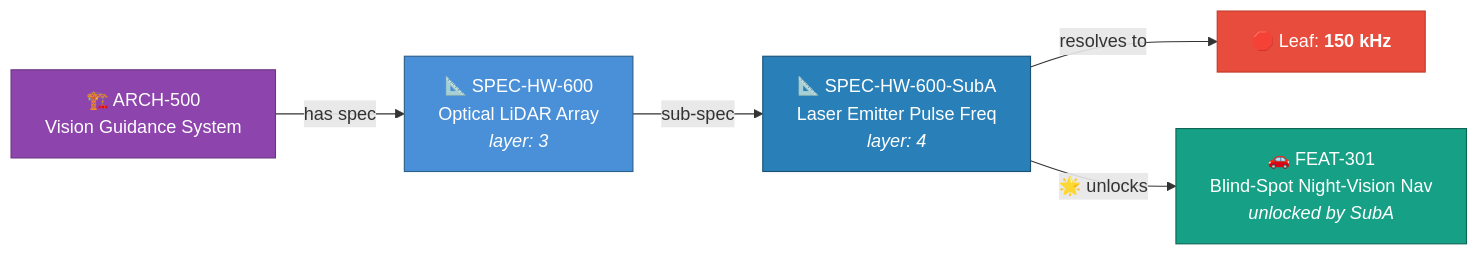
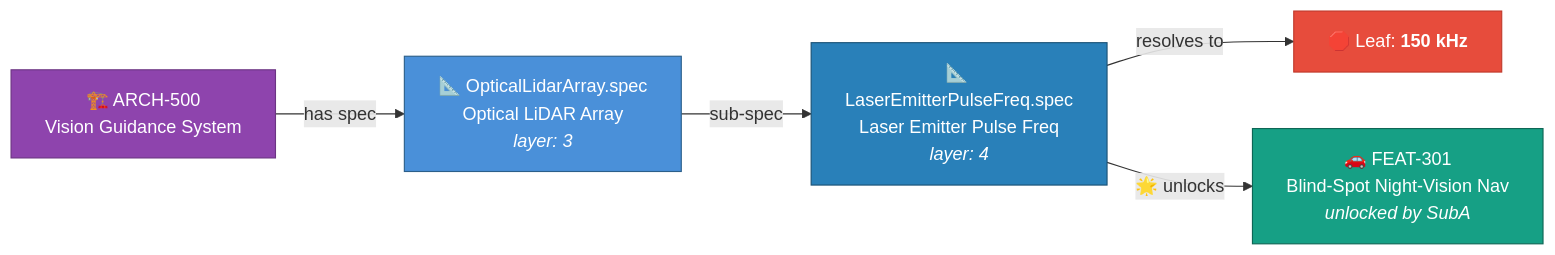
One commit to hanasaki/hanaden-bwrap-enhanced changed the second of 2 diagrams in docs/doc-templates/20260816-035419-161812-77ab-8fb0-d4d2c0e1cb0d-SpecificationTmpl.tmpl-0.0.1.md. Above: the diagram before and after it, drawn with Mermaid. The commit also changed other lines of this file, not shown here.

````diff
--- a/docs/doc-templates/20260816-035419-161812-77ab-8fb0-d4d2c0e1cb0d-SpecificationTmpl.tmpl-0.0.1.md
+++ b/docs/doc-templates/20260816-035419-161812-77ab-8fb0-d4d2c0e1cb0d-SpecificationTmpl.tmpl-0.0.1.md
@@ -75,22 +75,22 @@
 ```mermaid
 flowchart LR
     ARCH["🏗️ ARCH-500<br/>Vision Guidance System"]:::arch
 
-    SP["📐 SPEC-HW-600<br/>Optical LiDAR Array<br/><i>layer: 3</i>"]:::spec
+    SP["📐 OpticalLidarArray.spec<br/>Optical LiDAR Array<br/><i>layer: 3</i>"]:::spec
 
-    SPA["📐 SPEC-HW-600-SubA<br/>Laser Emitter Pulse Freq<br/><i>layer: 4</i>"]:::sub
+    SPA["📐 LaserEmitterPulseFreq.spec<br/>Laser Emitter Pulse Freq<br/><i>layer: 4</i>"]:::sub
     LV["🛑 Leaf: <b>150 kHz</b>"]:::leaf
 
     FEAT["🚗 FEAT-301<br/>Blind-Spot Night-Vision Nav<br/><i>unlocked by SubA</i>"]:::unlock
 
     ARCH -->|"has spec"| SP
     SP -->|"sub-spec"| SPA
     SPA -->|"resolves to"| LV
     SPA -->|"🌟 unlocks"| FEAT
 
     classDef arch   fill:#8e44ad,stroke:#6c3483,color:#fff
     classDef spec   fill:#4a90d9,stroke:#2c5f8a,color:#fff
     classDef sub    fill:#2980b9,stroke:#1a5276,color:#fff
     classDef leaf   fill:#e74c3c,stroke:#c0392b,color:#fff
     classDef unlock fill:#16a085,stroke:#0e6655,color:#fff
 ```
````
